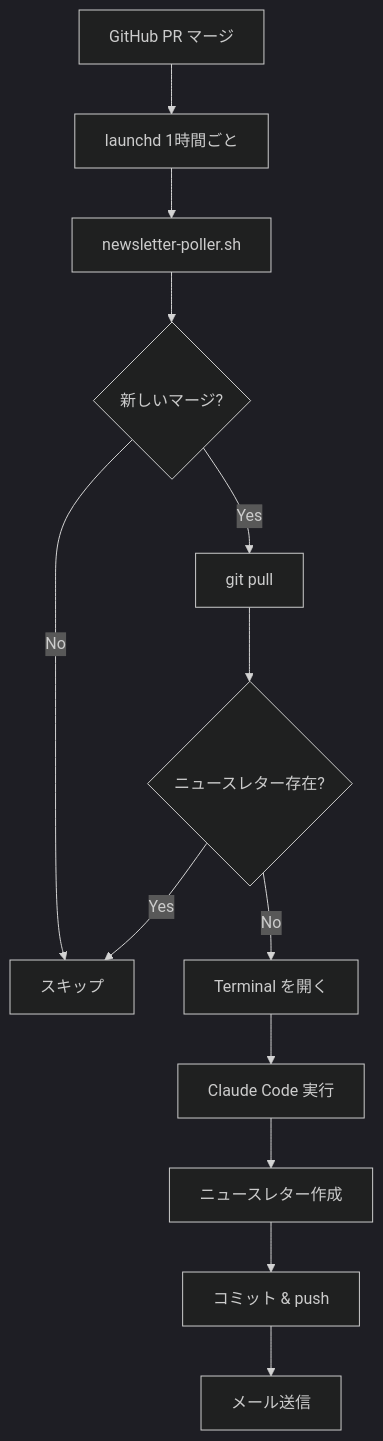
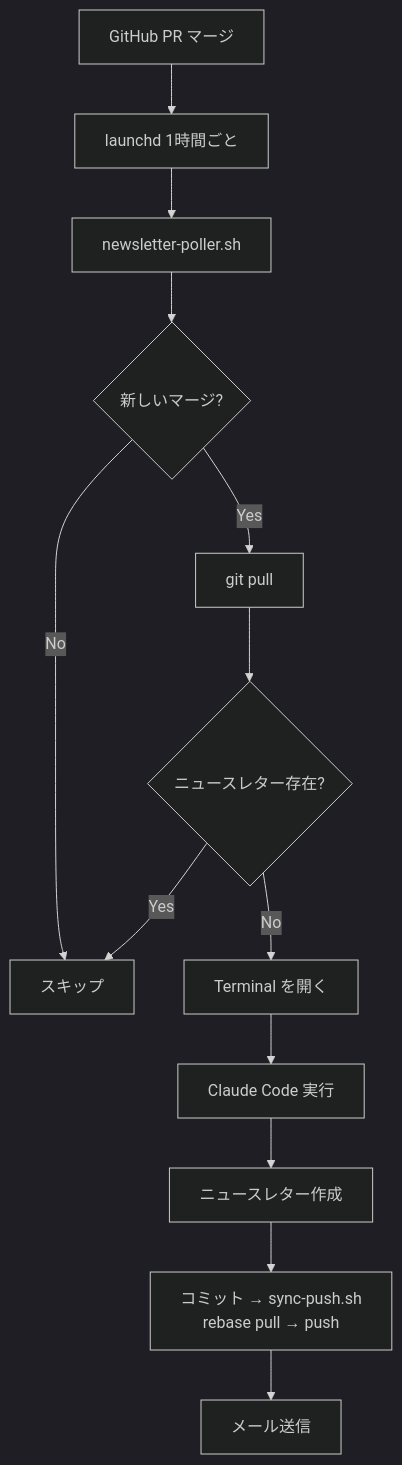
Before and after one commit to uto-usui/magazine: the diagram in docs/newsletter-automation.md, drawn with Mermaid (dark theme). The commit also changed other lines of this file and 5 other files, not shown here.

First line of the commit message:
fix(automation): poller の push 前に rebase pull を挟む

````diff
--- a/docs/newsletter-automation.md
+++ b/docs/newsletter-automation.md
@@ -7,15 +7,15 @@
 ```mermaid
 flowchart TD
     A[GitHub PR マージ] --> B[launchd 1時間ごと]
     B --> C[newsletter-poller.sh]
     C --> D{新しいマージ?}
     D -->|No| E[スキップ]
     D -->|Yes| F[git pull]
     F --> G{ニュースレター存在?}
     G -->|Yes| E
     G -->|No| H[Terminal を開く]
     H --> I[Claude Code 実行]
     I --> J[ニュースレター作成]
-    J --> K[コミット & push]
+    J --> K[コミット → sync-push.sh<br/>rebase pull → push]
     K --> L[メール送信]
 ```
````
